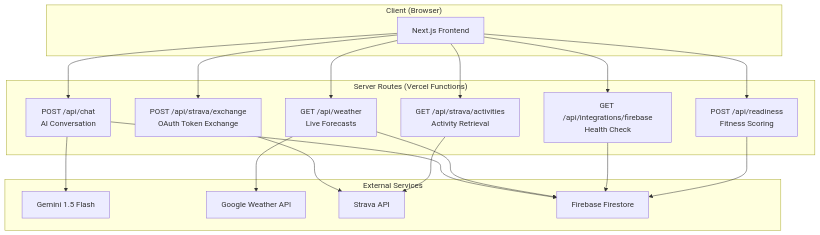
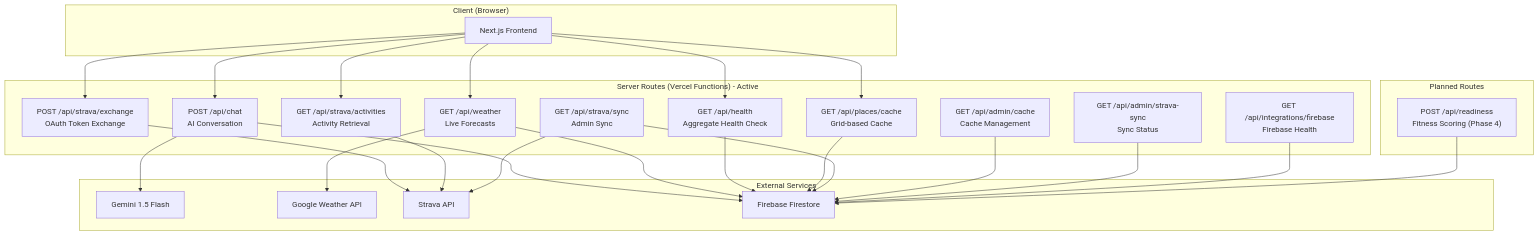
The first of 10 diagrams in docs/wiki/API.md (Oweeboi011/Fit-Ready-IQ), drawn with Mermaid before and after one commit. The commit also changed other lines of this file and 17 other files, not shown here.

First line of the commit message:
ci: simplify to trunk-based flow and fix review bugs

````diff
--- a/docs/wiki/API.md
+++ b/docs/wiki/API.md
@@ -28,38 +28,52 @@
 ```mermaid
 graph TB
     subgraph Client["Client (Browser)"]
         UI["Next.js Frontend"]
     end
 
-    subgraph ServerRoutes["Server Routes (Vercel Functions)"]
+    subgraph ServerRoutes["Server Routes (Vercel Functions) - Active"]
         Chat["POST /api/chat<br/>AI Conversation"]
         Weather["GET /api/weather<br/>Live Forecasts"]
+        Health["GET /api/health<br/>Aggregate Health Check"]
+        PlacesCache["GET /api/places/cache<br/>Grid-based Cache"]
         StravaEx["POST /api/strava/exchange<br/>OAuth Token Exchange"]
         StravaAct["GET /api/strava/activities<br/>Activity Retrieval"]
-        Firebase["GET /api/integrations/firebase<br/>Health Check"]
-        Readiness["POST /api/readiness<br/>Fitness Scoring"]
+        StravaSync["GET /api/strava/sync<br/>Admin Sync"]
+        AdminCache["GET /api/admin/cache<br/>Cache Management"]
+        AdminStrava["GET /api/admin/strava-sync<br/>Sync Status"]
+        Firebase["GET /api/integrations/firebase<br/>Firebase Health"]
+    end
+
+    subgraph PlannedRoutes["Planned Routes"]
+        Readiness["POST /api/readiness<br/>Fitness Scoring (Phase 4)"]
     end
 
     subgraph External["External Services"]
         Gemini["Gemini 1.5 Flash"]
         GoogleW["Google Weather API"]
         Strava["Strava API"]
         FS["Firebase Firestore"]
     end
 
     UI --> Chat
     UI --> Weather
+    UI --> Health
+    UI --> PlacesCache
     UI --> StravaEx
     UI --> StravaAct
-    UI --> Firebase
-    UI --> Readiness
 
     Chat --> Gemini
     Chat --> FS
     Weather --> GoogleW
     Weather --> FS
+    Health --> FS
+    PlacesCache --> FS
     StravaEx --> Strava
     StravaAct --> Strava
+    StravaSync --> Strava
+    StravaSync --> FS
+    AdminCache --> FS
+    AdminStrava --> FS
     Firebase --> FS
     Readiness --> FS
 ```
````
